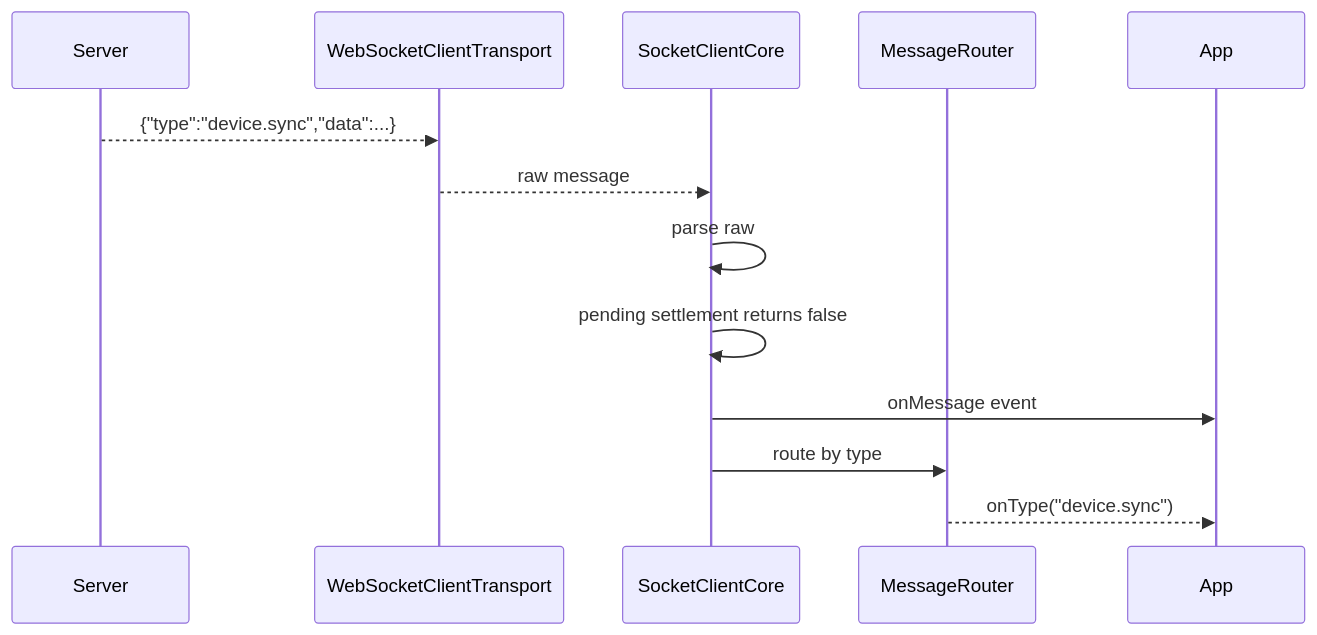
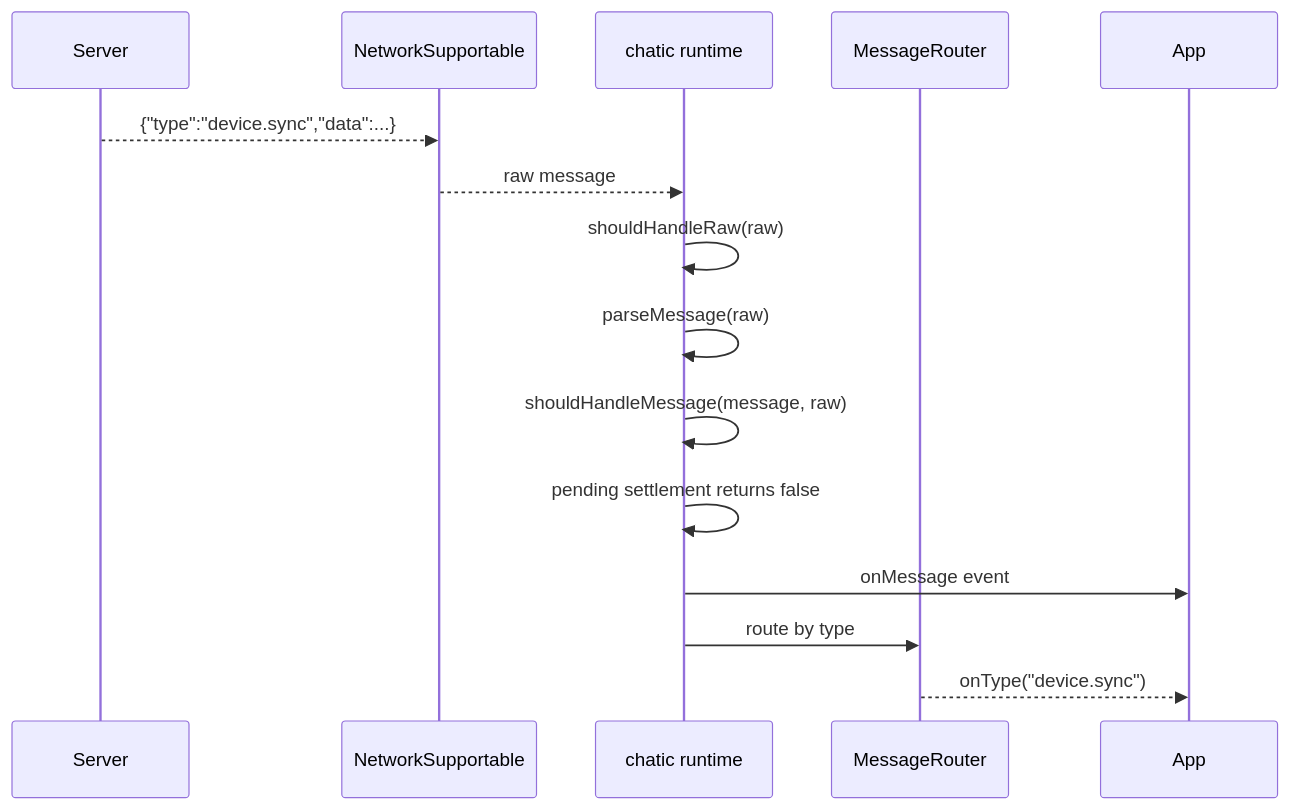
The fifth of 7 diagrams in docs/migrate-socket/02-design.md (lemoncloud-io/lemon-model), drawn with Mermaid before and after one commit. The commit also changed other lines of this file and 2 other files, not shown here.

````diff
--- a/docs/migrate-socket/02-design.md
+++ b/docs/migrate-socket/02-design.md
@@ -205,16 +243,18 @@
 ```mermaid
 sequenceDiagram
-    participant S as Server
-    participant T as WebSocketClientTransport
-    participant Core as SocketClientCore
+    participant Server
+    participant Network as NetworkSupportable
+    participant Chatic as chatic runtime
     participant Router as MessageRouter
     participant App
 
-    S-->>T: {"type":"device.sync","data":...}
-    T-->>Core: raw message
-    Core->>Core: parse raw
-    Core->>Core: pending settlement returns false
-    Core->>App: onMessage event
-    Core->>Router: route by type
+    Server-->>Network: {"type":"device.sync","data":...}
+    Network-->>Chatic: raw message
+    Chatic->>Chatic: shouldHandleRaw(raw)
+    Chatic->>Chatic: parseMessage(raw)
+    Chatic->>Chatic: shouldHandleMessage(message, raw)
+    Chatic->>Chatic: pending settlement returns false
+    Chatic->>App: onMessage event
+    Chatic->>Router: route by type
     Router-->>App: onType("device.sync")
 ```
````
